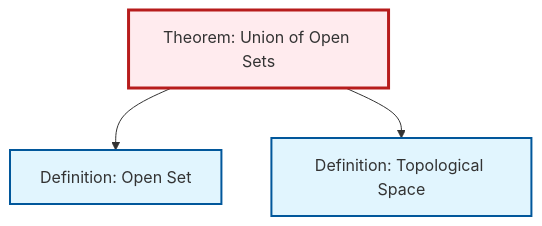
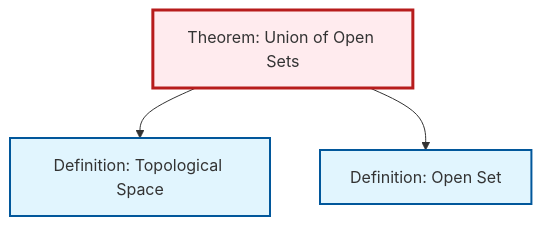
The diagram in content/ja/topology/thm-union-open-sets.qmd (RK0429/ModernMath), drawn with Mermaid before and after one commit. The commit also changed other lines of this file and 474 other files, not shown here.

````diff
--- a/content/ja/topology/thm-union-open-sets.qmd
+++ b/content/ja/topology/thm-union-open-sets.qmd
@@ -61,17 +61,17 @@
 ```{mermaid}
 %%| fig-cap: "Local dependency graph"
 graph TD
     classDef definition fill:#e1f5fe,stroke:#01579b,stroke-width:2px
     classDef theorem fill:#f3e5f5,stroke:#4a148c,stroke-width:2px
     classDef axiom fill:#fff3e0,stroke:#e65100,stroke-width:2px
     classDef example fill:#e8f5e9,stroke:#1b5e20,stroke-width:2px
     classDef current fill:#ffebee,stroke:#b71c1c,stroke-width:3px
-    def-topological-space["Definition: Topological Space"]:::definition
     thm-union-open-sets["Theorem: Union of Open Sets"]:::theorem
     def-open-set["Definition: Open Set"]:::definition
+    def-topological-space["Definition: Topological Space"]:::definition
+    thm-union-open-sets --> def-topological-space
     thm-union-open-sets --> def-open-set
-    thm-union-open-sets --> def-topological-space
     class thm-union-open-sets current
+    click def-open-set "def-open-set.html" "Definition: Open Setへ"
     click def-topological-space "def-topological-space.html" "Definition: Topological Spaceへ"
-    click def-open-set "def-open-set.html" "Definition: Open Setへ"
 ```
````
